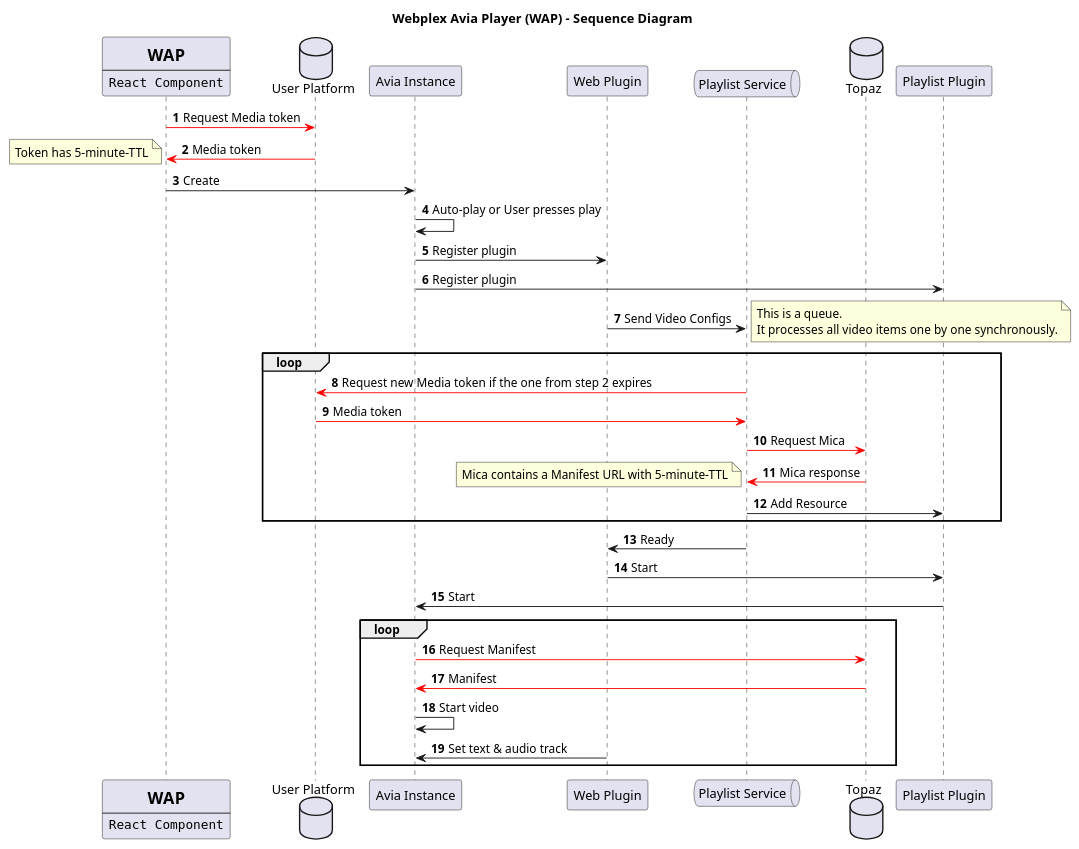
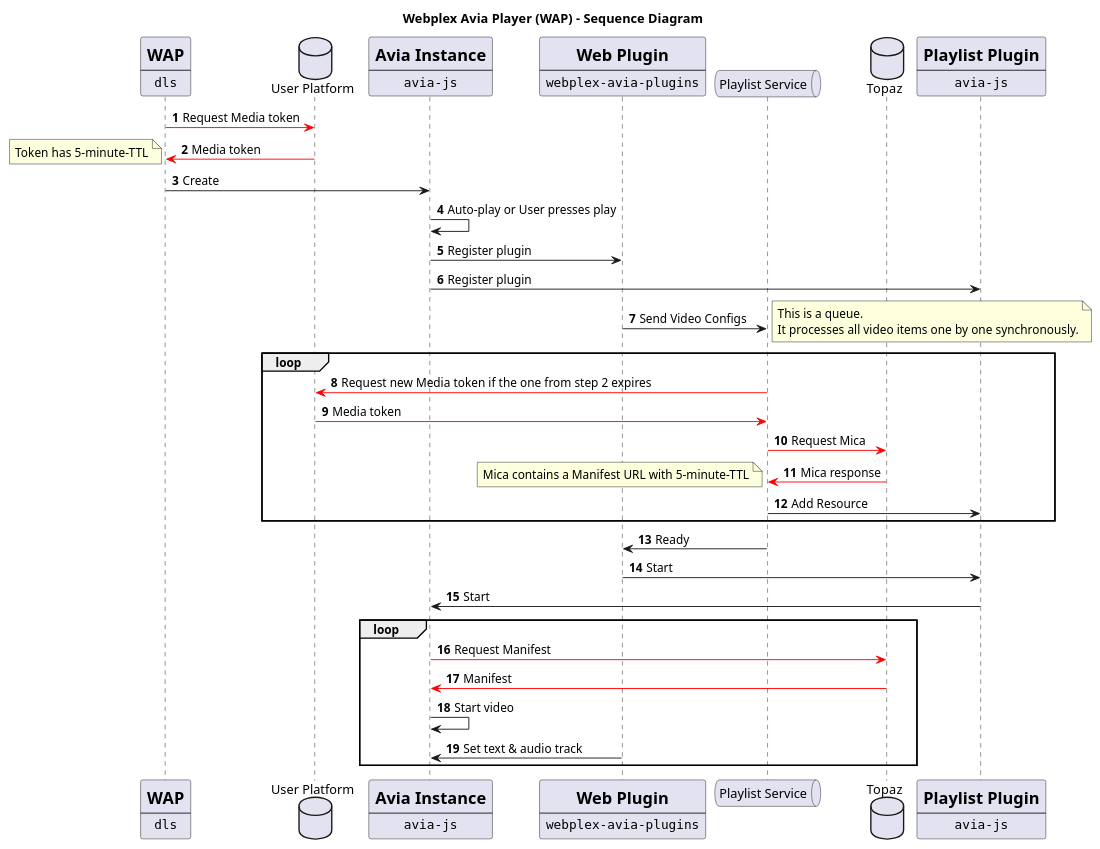
The diagram in diagrams/playlistSequenceDiagram.puml (nathanquach/poc-avia-playlist), drawn with PlantUML before and after one commit. The commit also changed 1 other file, not shown here.

Commit message:
update sequence diagram

```diff
--- a/diagrams/playlistSequenceDiagram.puml
+++ b/diagrams/playlistSequenceDiagram.puml
@@ -1,57 +1,69 @@
 @startuml
 title Webplex Avia Player (WAP) - Sequence Diagram
 
 participant ReactPlayer [
   =WAP
   ----
-  ""React Component""
+  ""dls""
 ]
 database "User Platform" as UserPlatform
-participant "Avia Instance" as Avia
-participant "Web Plugin" as WebPlugin
+participant Avia [
+  =Avia Instance
+  ----
+  ""avia-js""
+]
+participant WebPlugin [
+  =Web Plugin
+  ----
+  ""webplex-avia-plugins""
+]
 queue "Playlist Service" as PlaylistService
 database Topaz
-participant "Playlist Plugin" as PlaylistPlugin
+participant PlaylistPlugin [
+  =Playlist Plugin
+  ----
+  ""avia-js""
+]
 
 autonumber
 
 ReactPlayer -[#red]> UserPlatform: Request Media token
 UserPlatform -[#red]> ReactPlayer: Media token
 note left
   Token has 5-minute-TTL
 end note
 ReactPlayer -> Avia: Create
 
 Avia -> Avia: Auto-play or User presses play
 Avia -> WebPlugin: Register plugin
 Avia -> PlaylistPlugin: Register plugin
 
 WebPlugin -> PlaylistService: Send Video Configs
 note right
   This is a queue.
   It processes all video items one by one synchronously.
 end note
 
 loop
   PlaylistService -[#red]> UserPlatform: Request new Media token if the one from step 2 expires
   UserPlatform -[#red]> PlaylistService: Media token
   PlaylistService -[#red]> Topaz: Request Mica
   Topaz -[#red]> PlaylistService: Mica response
   note left
     Mica contains a Manifest URL with 5-minute-TTL
   end note
   PlaylistService -> PlaylistPlugin: Add Resource
 end
 
 PlaylistService -> WebPlugin: Ready
 WebPlugin -> PlaylistPlugin: Start
 PlaylistPlugin -> Avia: Start
 
 loop
   Avia -[#red]> Topaz: Request Manifest
   Topaz -[#red]> Avia: Manifest
   Avia -> Avia: Start video
   WebPlugin -> Avia: Set text & audio track
 end
 
 @enduml
```
